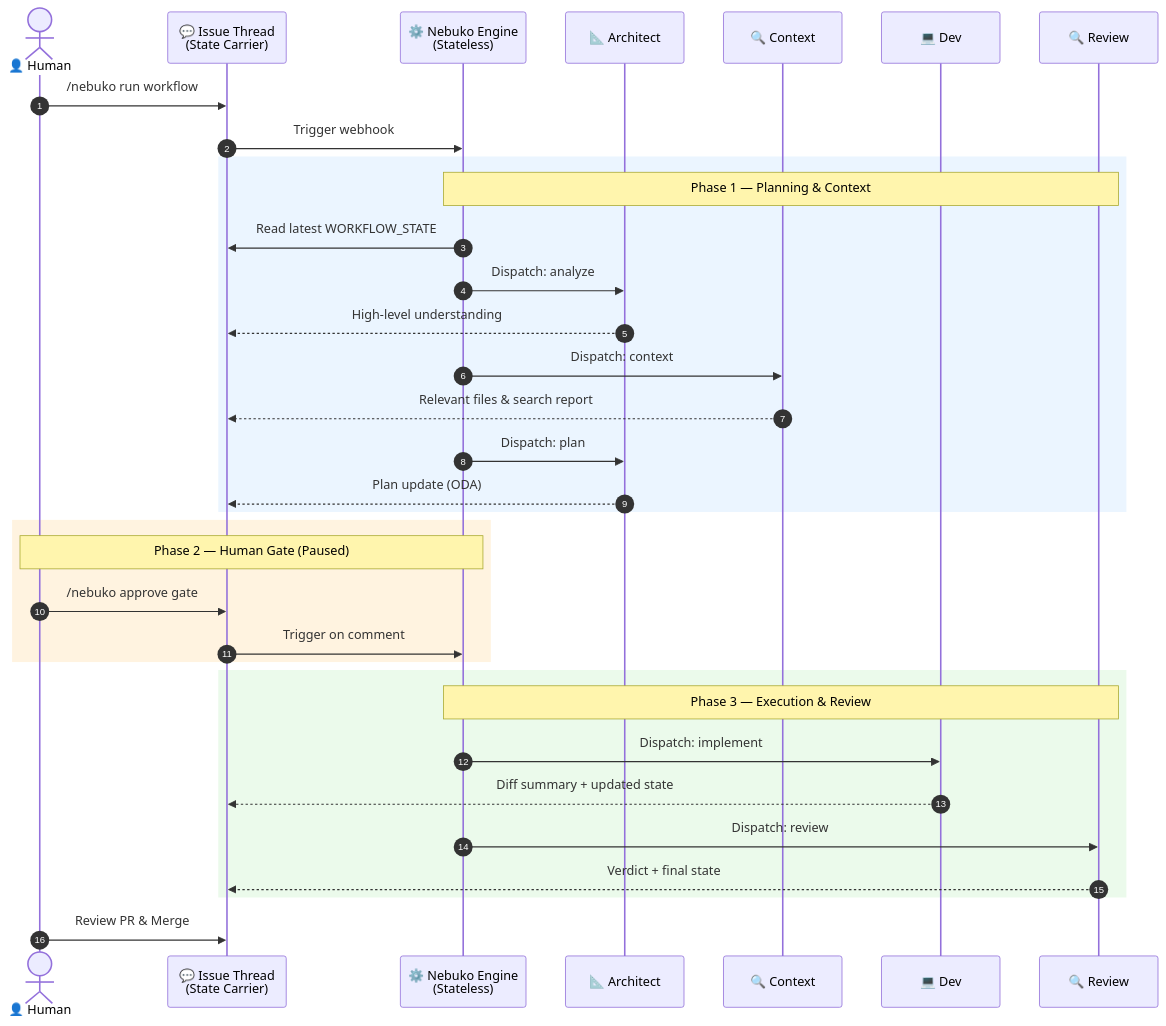
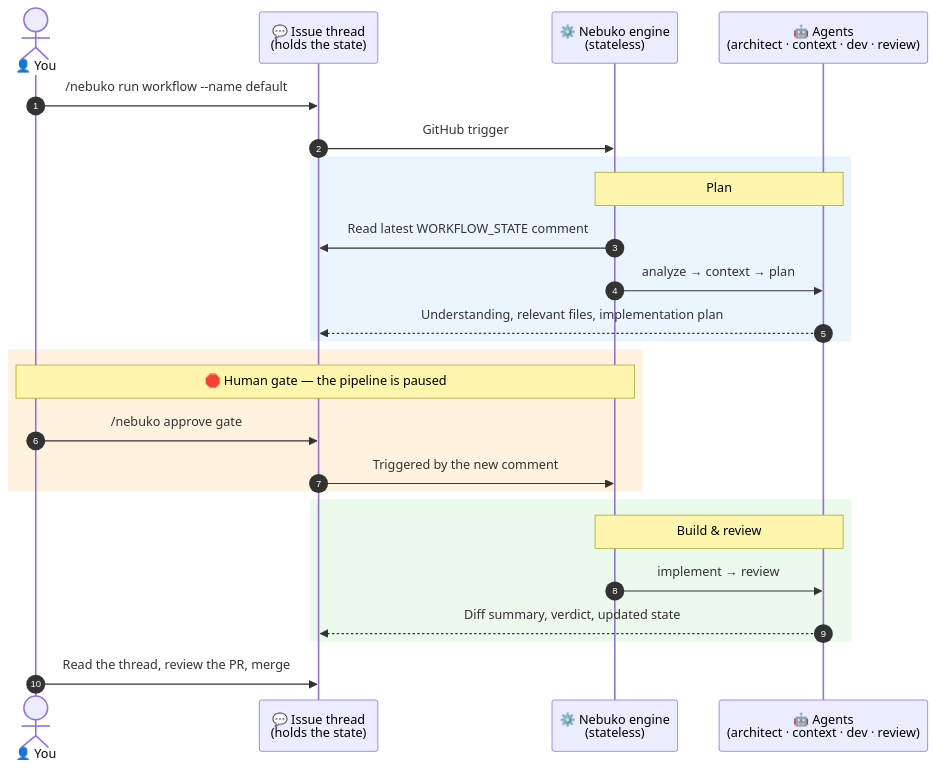
Before and after one commit to nebuko/nebuko: the diagram in README.md, drawn with Mermaid. The commit also changed other lines of this file, not shown here.

````diff
--- a/README.md
+++ b/README.md
@@ -16,45 +27,32 @@
 ```mermaid
 sequenceDiagram
     autonumber
-    
-    actor H as 👤 Human
-    participant I as 💬 Issue Thread<br/>(State Carrier)
-    participant E as ⚙️ Nebuko Engine<br/>(Stateless)
-    participant A as 📐 Architect
-    participant C as 🔍 Context
-    participant D as 💻 Dev
-    participant R as 🔍 Review
+    actor H as 👤 You
+    participant I as 💬 Issue thread<br/>(holds the state)
+    participant E as ⚙️ Nebuko engine<br/>(stateless)
+    participant A as 🤖 Agents<br/>(architect · context · dev · review)
 
-    %% Phase 1
-    H->>I: /nebuko run workflow
-    I->>E: Trigger webhook
-    
+    H->>I: /nebuko run workflow --name default
+    I->>E: GitHub trigger
+
     rect rgb(235, 245, 255)
-        note over E,R: Phase 1 — Planning & Context
-        E->>I: Read latest WORKFLOW_STATE
-        E->>A: Dispatch: analyze
-        A-->>I: High-level understanding
-        E->>C: Dispatch: context
-        C-->>I: Relevant files & search report
-        E->>A: Dispatch: plan
-        A-->>I: Plan update (ODA)
+        note over E,A: Plan
+        E->>I: Read latest WORKFLOW_STATE comment
+        E->>A: analyze → context → plan
+        A-->>I: Understanding, relevant files, implementation plan
     end
 
-    %% Phase 2
     rect rgb(255, 243, 224)
-        note over H,E: Phase 2 — Human Gate (Paused)
+        note over H,E: 🛑 Human gate — the pipeline is paused
         H->>I: /nebuko approve gate
-        I->>E: Trigger on comment
+        I->>E: Triggered by the new comment
     end
 
-    %% Phase 3
     rect rgb(235, 250, 235)
-        note over E,R: Phase 3 — Execution & Review
-        E->>D: Dispatch: implement
-        D-->>I: Diff summary + updated state
-        E->>R: Dispatch: review
-        R-->>I: Verdict + final state
+        note over E,A: Build & review
+        E->>A: implement → review
+        A-->>I: Diff summary, verdict, updated state
     end
 
-    H->>I: Review PR & Merge
+    H->>I: Read the thread, review the PR, merge
 ```
````
